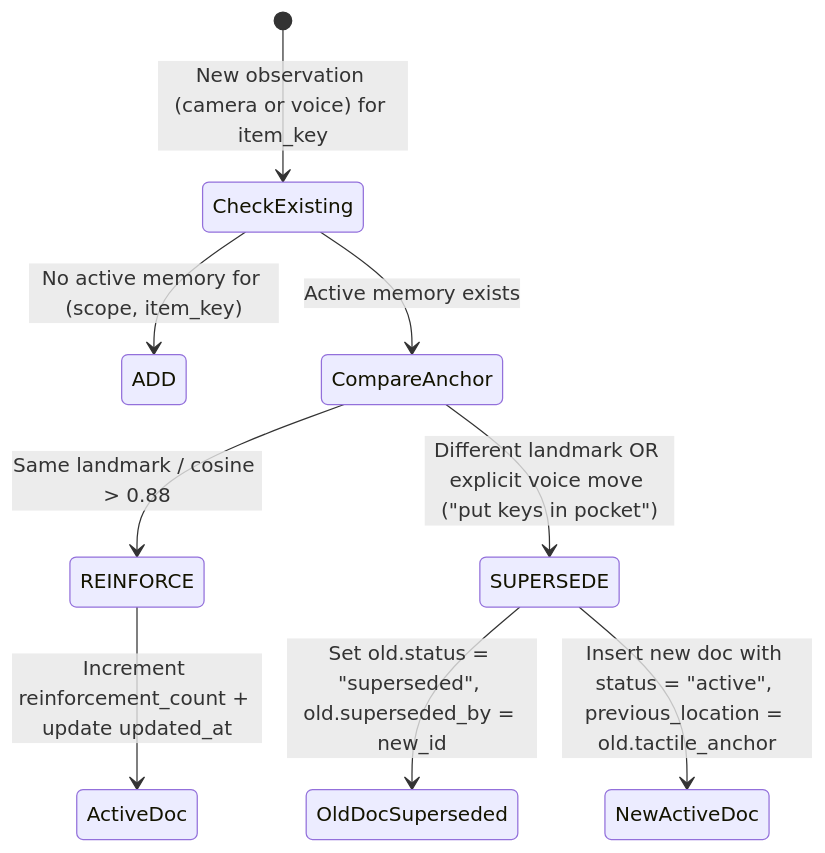
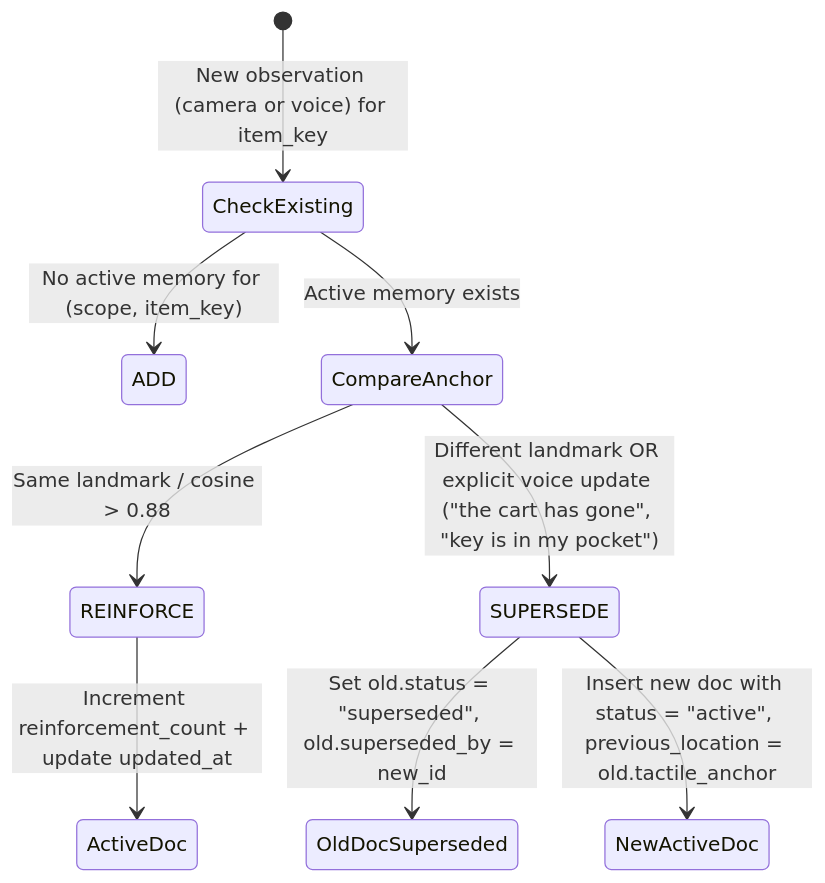
One commit to thisisvaze/mongodb-hack-project changed the diagram in docs/02-mongodb-schema-and-governance.md. Above: the diagram before and after it, drawn with Mermaid. The commit also changed other lines of this file and 6 other files, not shown here.

Commit message:
Update docs and system diagram

````diff
--- a/docs/02-mongodb-schema-and-governance.md
+++ b/docs/02-mongodb-schema-and-governance.md
@@ -261,11 +263,11 @@
 ```mermaid
 stateDiagram-v2
   [*] --> CheckExisting: New observation (camera or voice) for item_key
   CheckExisting --> ADD: No active memory for (scope, item_key)
   CheckExisting --> CompareAnchor: Active memory exists
   CompareAnchor --> REINFORCE: Same landmark / cosine > 0.88
-  CompareAnchor --> SUPERSEDE: Different landmark OR explicit voice move ("put keys in pocket")
+  CompareAnchor --> SUPERSEDE: Different landmark OR explicit voice update ("the cart has gone", "key is in my pocket")
   REINFORCE --> ActiveDoc: Increment reinforcement_count + update updated_at
   SUPERSEDE --> OldDocSuperseded: Set old.status = "superseded", old.superseded_by = new_id
   SUPERSEDE --> NewActiveDoc: Insert new doc with status = "active", previous_location = old.tactile_anchor
 ```
````
